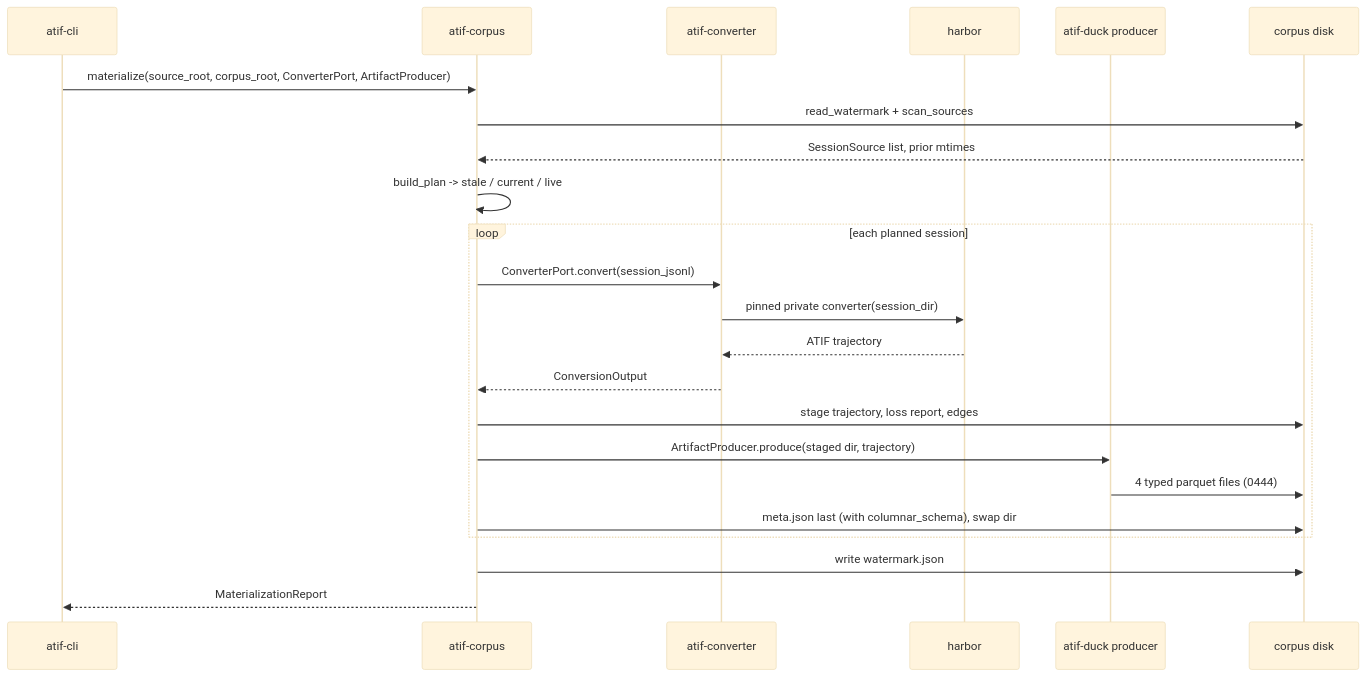
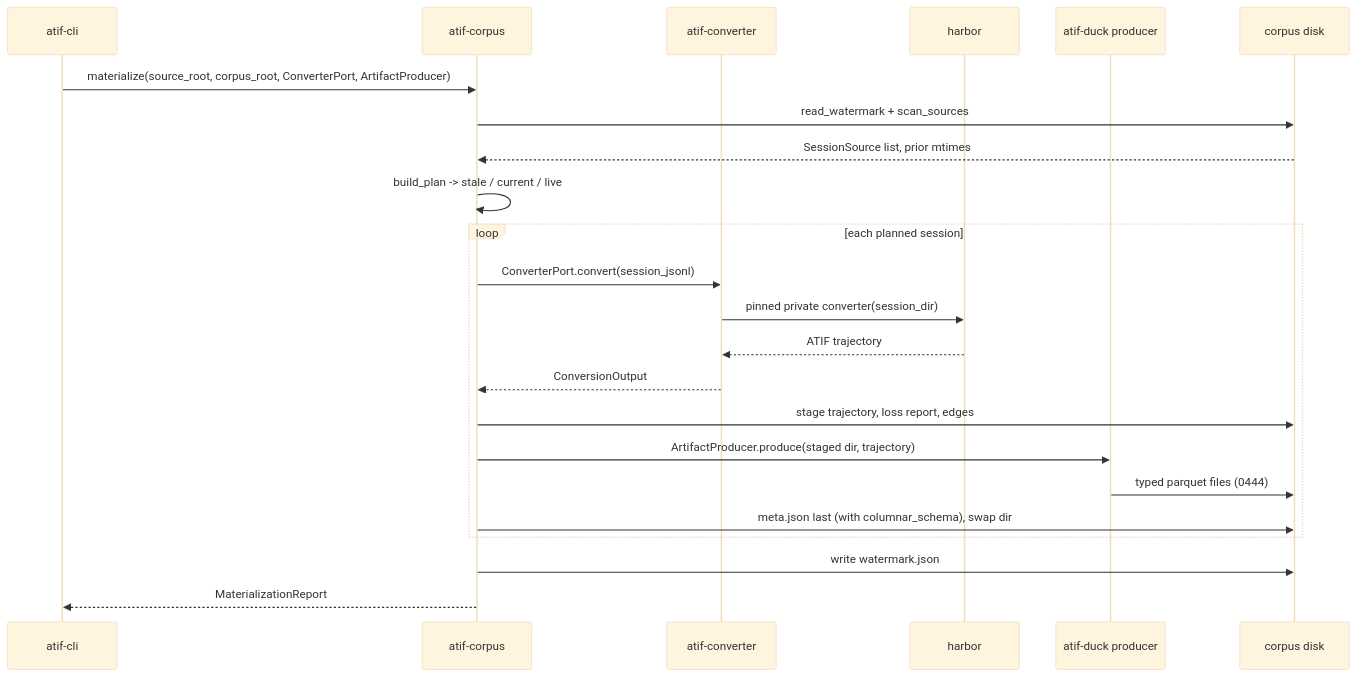
One commit to laithalsaadoon/atif-sql changed the first of 3 diagrams in docs/architecture/data-flow.md. Above: the diagram before and after it, drawn with Mermaid (base theme). The commit also changed other lines of this file and 24 other files, not shown here.

````diff
--- a/docs/architecture/data-flow.md
+++ b/docs/architecture/data-flow.md
@@ -55,26 +55,26 @@
 ```mermaid
 sequenceDiagram
     participant CLI as atif-cli
     participant Corpus as atif-corpus
     participant Conv as atif-converter
     participant Harbor as harbor
     participant Producer as atif-duck producer
     participant Disk as corpus disk
 
     CLI->>Corpus: materialize(source_root, corpus_root, ConverterPort, ArtifactProducer)
     Corpus->>Disk: read_watermark + scan_sources
     Disk-->>Corpus: SessionSource list, prior mtimes
     Corpus->>Corpus: build_plan -> stale / current / live
     loop each planned session
         Corpus->>Conv: ConverterPort.convert(session_jsonl)
         Conv->>Harbor: pinned private converter(session_dir)
         Harbor-->>Conv: ATIF trajectory
         Conv-->>Corpus: ConversionOutput
         Corpus->>Disk: stage trajectory, loss report, edges
         Corpus->>Producer: ArtifactProducer.produce(staged dir, trajectory)
-        Producer->>Disk: 4 typed parquet files (0444)
+        Producer->>Disk: typed parquet files (0444)
         Corpus->>Disk: meta.json last (with columnar_schema), swap dir
     end
     Corpus->>Disk: write watermark.json
     Corpus-->>CLI: MaterializationReport
 ```
````
